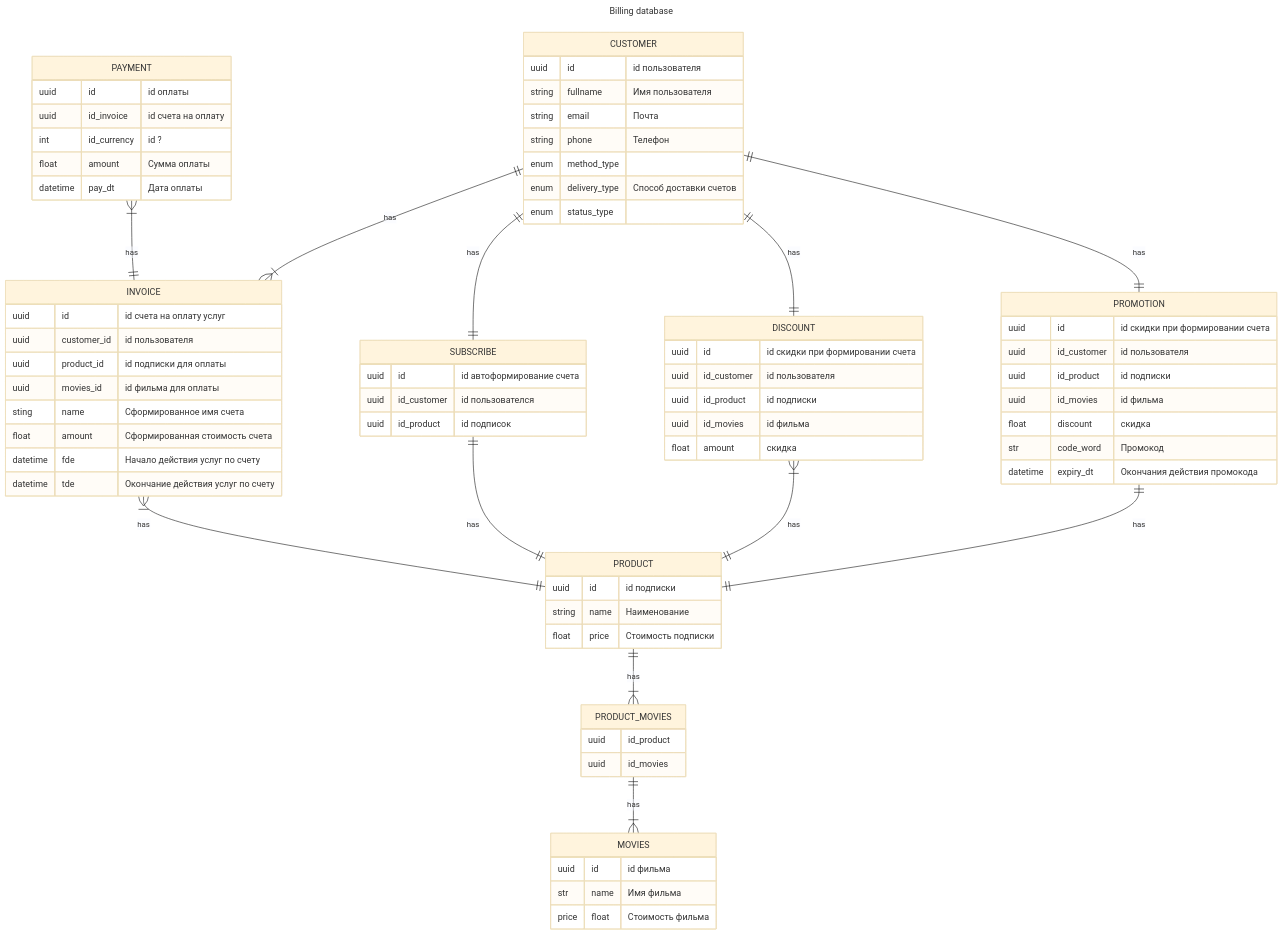
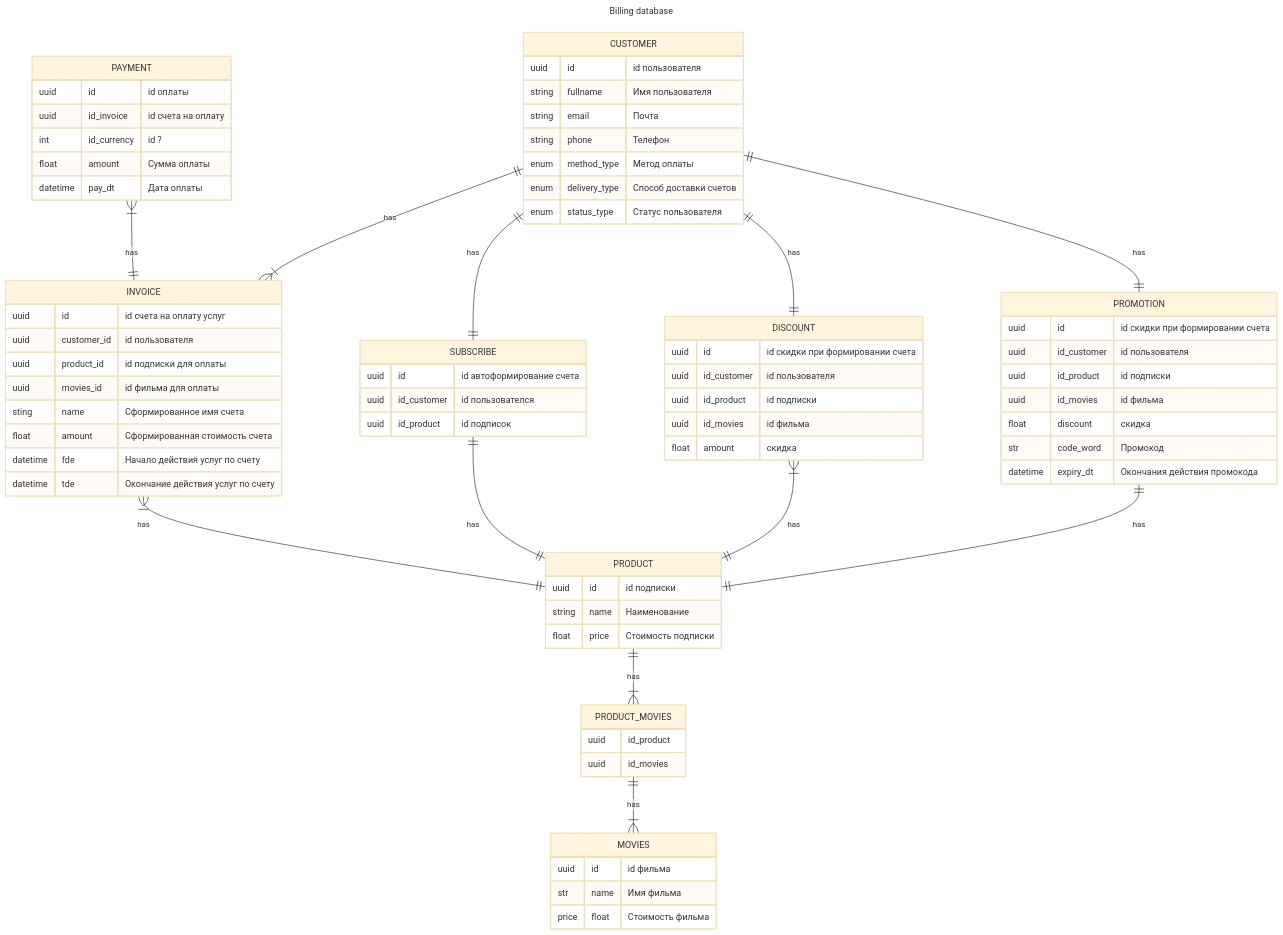
One commit to fall3nangel/Billing_Stripe changed the diagram in architecture/er-billing.md. Above: the diagram before and after it, drawn with Mermaid (base theme).

Commit message:
update bd

````diff
--- a/architecture/er-billing.md
+++ b/architecture/er-billing.md
@@ -1,80 +1,80 @@
 ```mermaid
 ---
 title: Billing database
 ---
 erDiagram
 CUSTOMER {
     uuid id "id пользователя"
     string fullname "Имя пользователя"
     string email "Почта"
     string phone "Телефон"
-    enum method_type ""
+    enum method_type "Метод оплаты"
     enum delivery_type "Способ доставки счетов"
-    enum status_type ""
+    enum status_type "Статус пользователя"
 }
 PAYMENT {
     uuid id "id оплаты"
     uuid id_invoice "id счета на оплату"
     int id_currency "id ?"
     float amount "Сумма оплаты"
     datetime pay_dt "Дата оплаты"
 }
 INVOICE { 
     uuid id "id счета на оплату услуг"
     uuid customer_id "id пользователя"
     uuid product_id "id подписки для оплаты"
     uuid movies_id "id фильма для оплаты"
     sting name "Сформированное имя счета"
     float amount "Сформированная стоимость счета"
     datetime fde "Начало действия услуг по счету"
     datetime tde "Окончание действия услуг по счету"
 }
 SUBSCRIBE {
     uuid id "id автоформирование счета"
     uuid id_customer "id пользователся"
     uuid id_product "id подписок"
 }
 DISCOUNT { 
     uuid id "id скидки при формировании счета"
     uuid id_customer "id пользователя"
     uuid id_product "id подписки"
     uuid id_movies "id фильма"
     float amount "скидка"
 }
 PROMOTION {
     uuid id "id скидки при формировании счета"
     uuid id_customer "id пользователя"
     uuid id_product "id подписки"
     uuid id_movies "id фильма"
     float discount "скидка"
     str code_word "Промокод"
     datetime expiry_dt "Окончания действия промокода"
 }
 PRODUCT {
     uuid id "id подписки" 
     string name "Наименование"
     float price "Стоимость подписки"
 }
 
 MOVIES {
     uuid id "id фильма" 
     str name "Имя фильма" 
     price float "Стоимость фильма"
 }
 
 PRODUCT_MOVIES {
     uuid id_product
     uuid id_movies
 }
 INVOICE }|--|| PRODUCT: has
 PAYMENT }|--|| INVOICE: has
 CUSTOMER  ||--|| PROMOTION: has
 CUSTOMER  ||--}| INVOICE: has
 CUSTOMER  ||--|| SUBSCRIBE: has
 CUSTOMER  ||--|| DISCOUNT: has
 SUBSCRIBE  ||--|| PRODUCT: has
 DISCOUNT }|--|| PRODUCT: has
 PROMOTION ||--|| PRODUCT: has
 PRODUCT ||--|{ PRODUCT_MOVIES: has
 PRODUCT_MOVIES ||--|{ MOVIES: has
 ```
````
